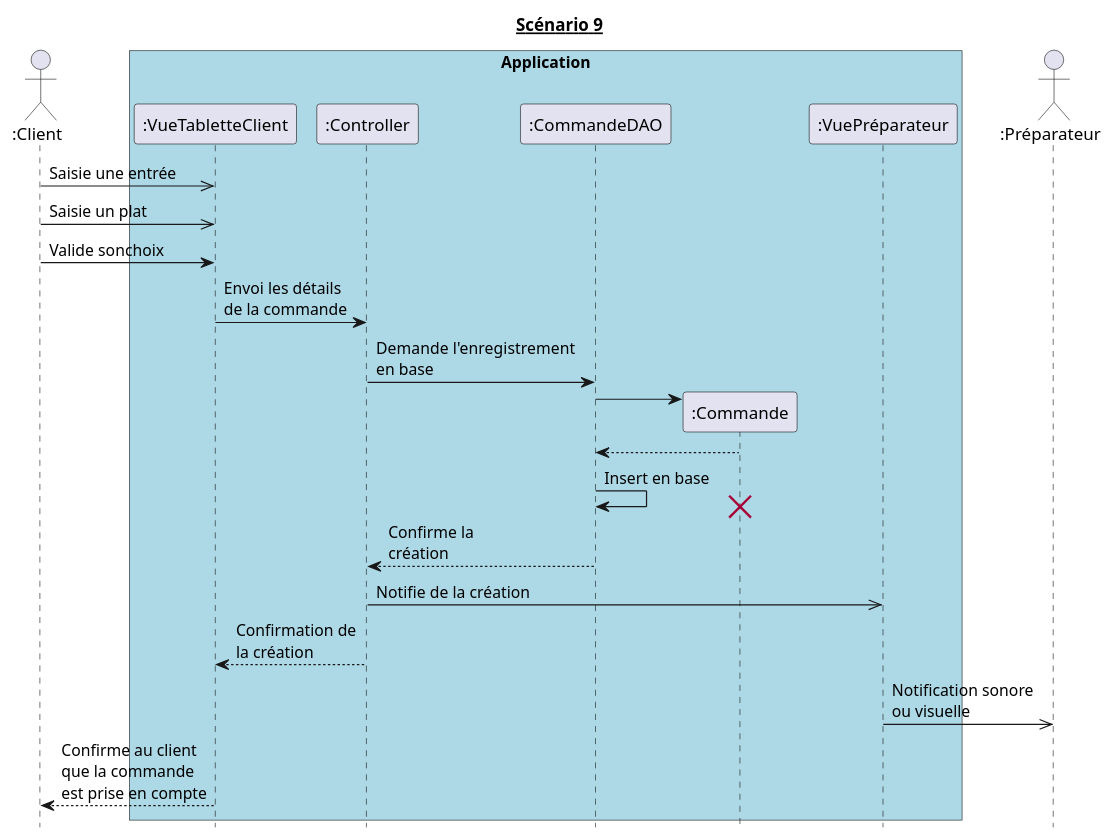
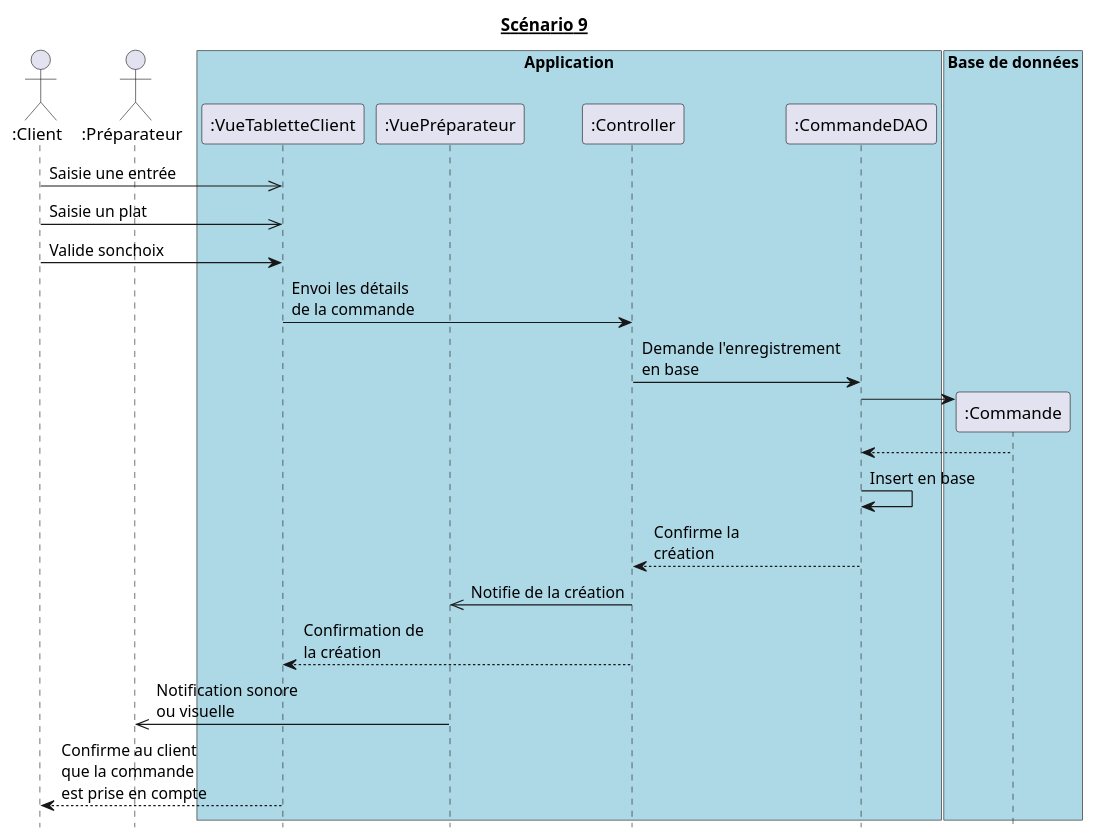
One commit to hulskenA/GL-Les_seigneurs_du_resto changed the diagram in diagrammes_sequences_detailles/dss9.md. Above: the diagram before and after it, drawn with PlantUML. The commit also changed 7 other files, not shown here.

````diff
--- a/diagrammes_sequences_detailles/dss9.md
+++ b/diagrammes_sequences_detailles/dss9.md
@@ -1,41 +1,43 @@
 ```puml
 @startuml
 hide footbox
 title __Scénario 9__
 
 
 actor ":Client" as Client order 10
-actor ":Préparateur" as Préparateur order 70
+actor ":Préparateur" as Préparateur order 20
 
 box "Application" #Lightblue
-    participant ":VueTabletteClient" as VueTabletteClient order 20
-    participant ":Controller" as Controller order 30
-    participant ":CommandeDAO" as CommandeDAO order 40
-    participant ":Commande" as Commande order 50
-    participant ":VuePréparateur" as VuePréparateur order 60
+    participant ":VueTabletteClient" as VueTabletteClient order 30
+    participant ":VuePréparateur" as VuePréparateur order 40
+    participant ":Controller" as Controller order 50
+    participant ":CommandeDAO" as CommandeDAO order 60
+endbox
+
+box "Base de données" #Lightblue
+  participant ":Commande" as Commande order 70
 endbox
 
 Client ->> VueTabletteClient : Saisie une entrée
 Client ->> VueTabletteClient : Saisie un plat
 Client -> VueTabletteClient : Valide sonchoix
 
 VueTabletteClient -> Controller : Envoi les détails\nde la commande
 
 Controller -> CommandeDAO : Demande l'enregistrement\nen base
 
 create Commande
 CommandeDAO -> Commande
 CommandeDAO <-- Commande
 CommandeDAO -> CommandeDAO : Insert en base
-destroy Commande
 CommandeDAO --> Controller : Confirme la\ncréation
 
 Controller ->> VuePréparateur : Notifie de la création
 Controller --> VueTabletteClient : Confirmation de\nla création
 
 VuePréparateur ->> Préparateur : Notification sonore\nou visuelle
 
 VueTabletteClient --> Client : Confirme au client\nque la commande\nest prise en compte
 
 @enduml
 ```
````
